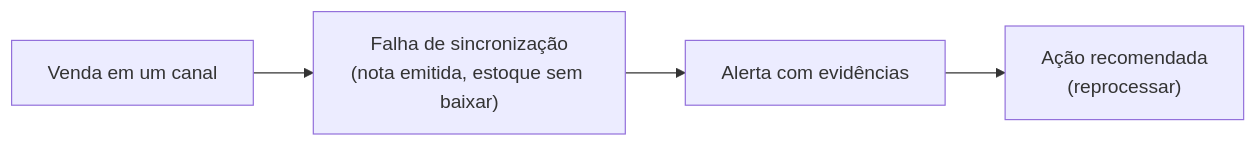
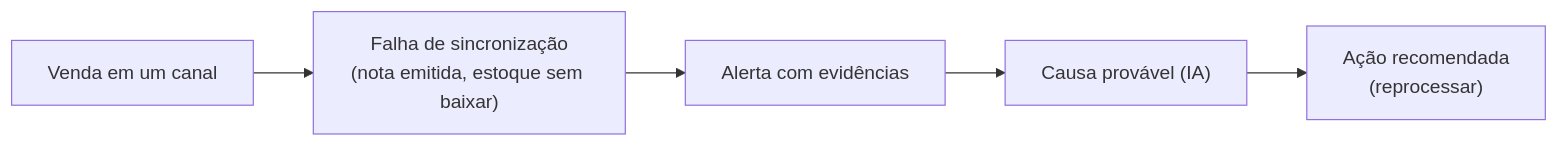
The diagram in README.md (novaishenrique/projeto-PEEK), drawn with Mermaid before and after one commit. The commit also changed other lines of this file and 11 other files, not shown here.

````diff
--- a/README.md
+++ b/README.md
@@ -112,6 +83,7 @@
 ```mermaid
 flowchart LR
     A["Venda em um canal"] --> B["Falha de sincronização<br>(nota emitida, estoque sem baixar)"]
     B --> C["Alerta com evidências"]
-    C --> D["Ação recomendada<br>(reprocessar)"]
+    C --> D["Causa provável (IA)"]
+    D --> E["Ação recomendada<br>(reprocessar)"]
 ```
````
